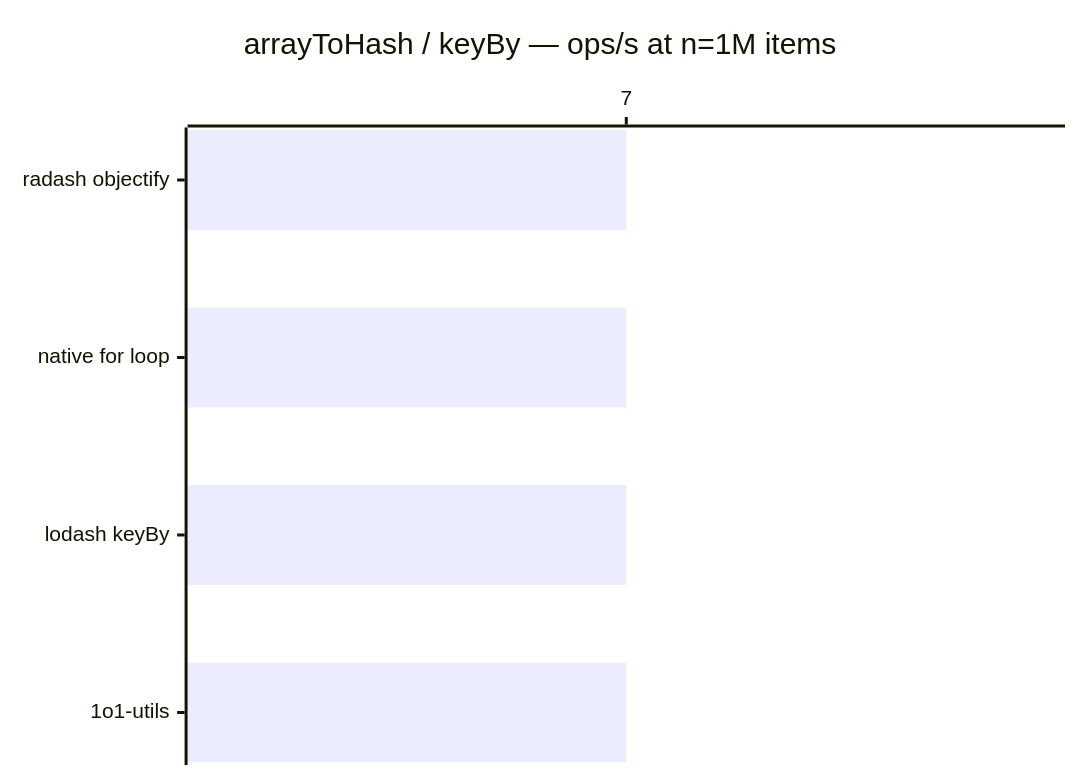
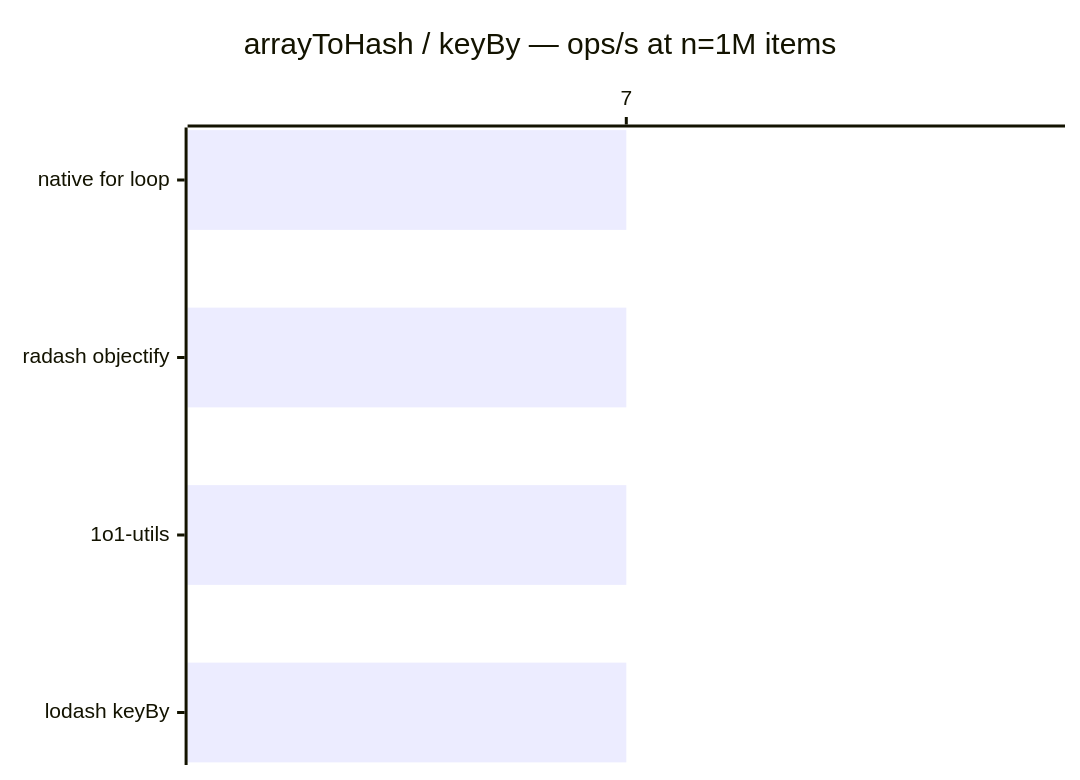
Before and after one commit to pedrotroccoli/1o1-utils: the diagram in benchmarks/array-to-hash.md, drawn with Mermaid. The commit also changed other lines of this file and 5 other files, not shown here.

````diff
--- a/benchmarks/array-to-hash.md
+++ b/benchmarks/array-to-hash.md
@@ -16,6 +16,6 @@
 ```mermaid
 xychart-beta horizontal
   title "arrayToHash / keyBy — ops/s at n=1M items"
-  x-axis ["radash objectify", "native for loop", "lodash keyBy", "1o1-utils"]
+  x-axis ["native for loop", "radash objectify", "1o1-utils", "lodash keyBy"]
   bar [7, 7, 7, 7]
 ```
````
